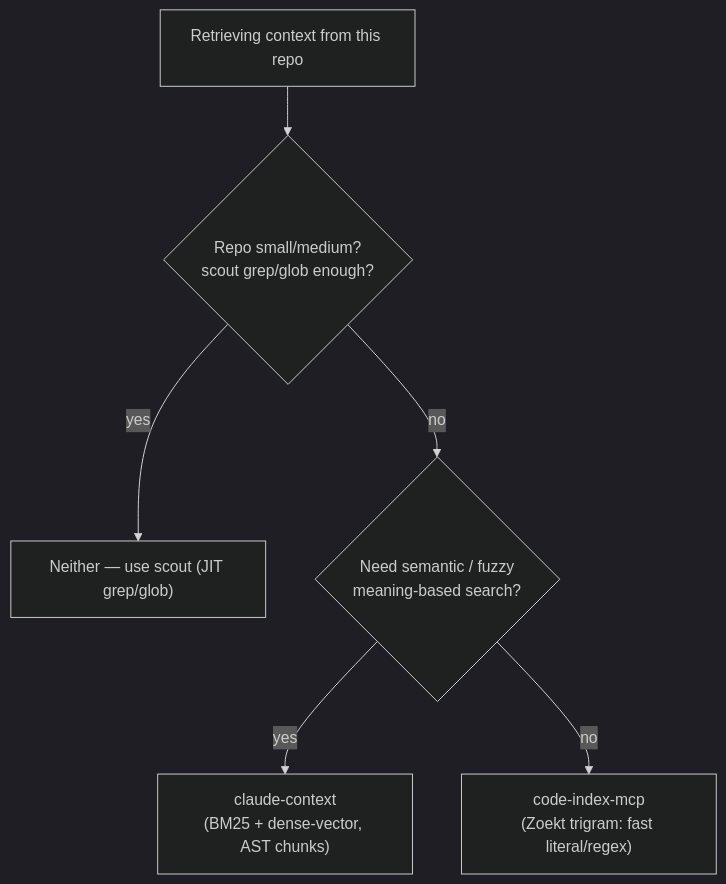
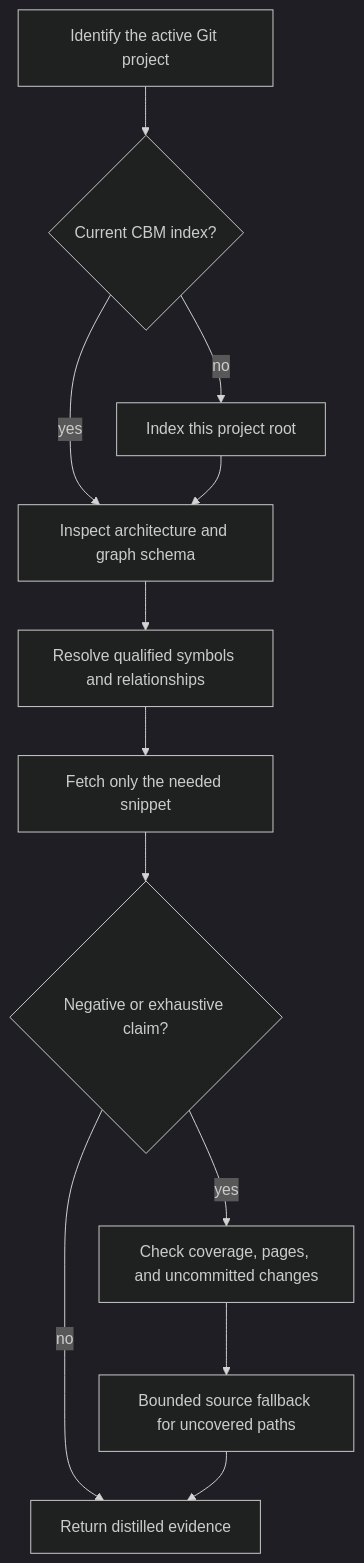
Before and after one commit to sticklane/claude: the diagram in docs/guides/large-codebase-context.md, drawn with Mermaid (dark theme). The commit also changed other lines of this file and 513 other files, not shown here.

````diff
--- a/docs/guides/large-codebase-context.md
+++ b/docs/guides/large-codebase-context.md
@@ -129,8 +26,14 @@
 ```mermaid
 flowchart TD
-    A["Retrieving context from this repo"] --> B{"Repo small/medium?\nscout grep/glob enough?"}
-    B -->|yes| N["Neither — use scout (JIT grep/glob)"]
-    B -->|no| C{"Need semantic / fuzzy\nmeaning-based search?"}
-    C -->|yes| S["claude-context\n(BM25 + dense-vector, AST chunks)"]
-    C -->|no| L["code-index-mcp\n(Zoekt trigram: fast literal/regex)"]
+    A["Identify the active Git project"] --> B{"Current CBM index?"}
+    B -->|no| C["Index this project root"]
+    B -->|yes| D["Inspect architecture and graph schema"]
+    C --> D
+    D --> E["Resolve qualified symbols and relationships"]
+    E --> F["Fetch only the needed snippet"]
+    F --> G{"Negative or exhaustive claim?"}
+    G -->|yes| H["Check coverage, pages, and uncommitted changes"]
+    H --> I["Bounded source fallback for uncovered paths"]
+    G -->|no| J["Return distilled evidence"]
+    I --> J
 ```
````
